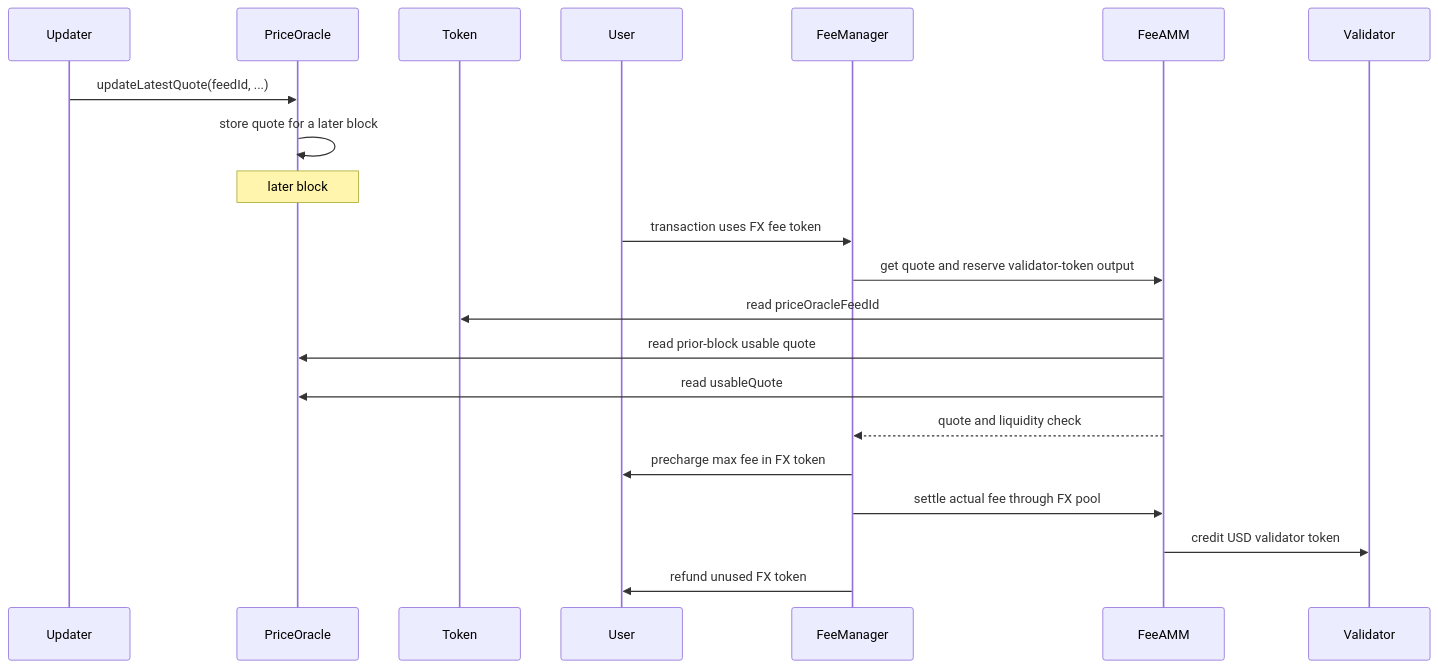
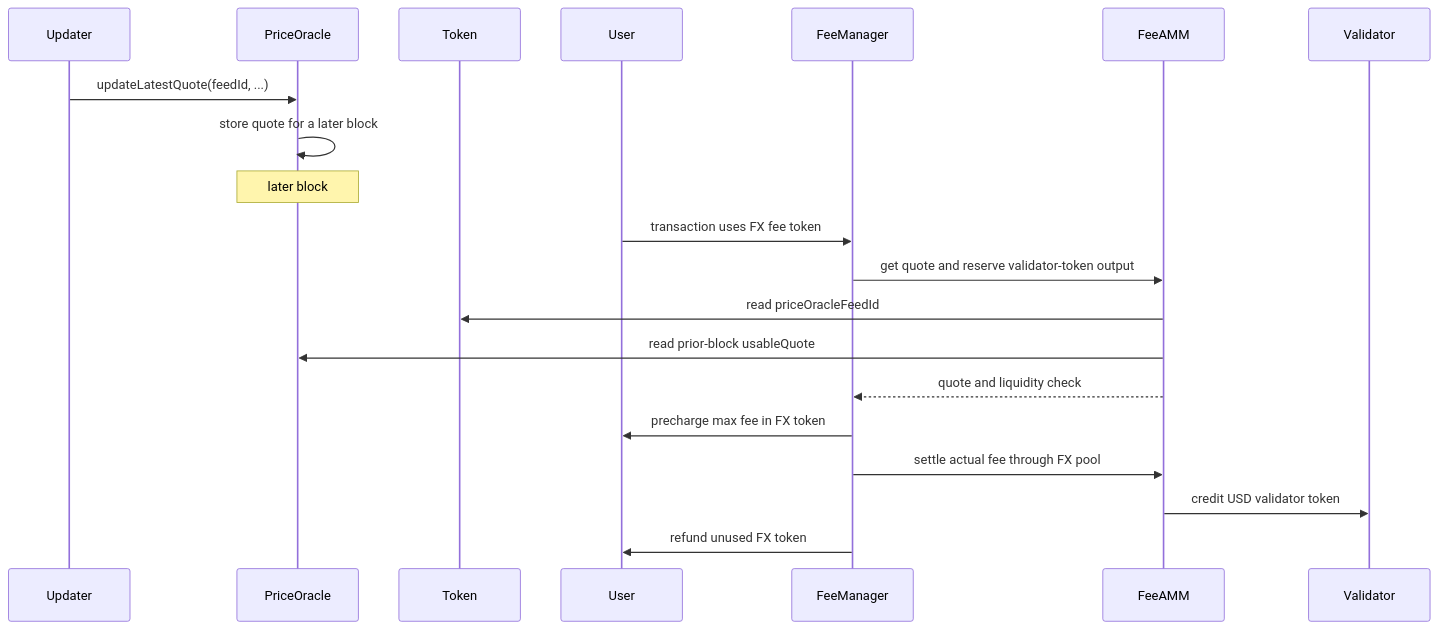
Before and after one commit to tempoxyz/tempo: the diagram in tips/tip-1054.md, drawn with Mermaid. The commit also changed other lines of this file, not shown here.

Commit message:
docs(tip-1054): clarify oracle updates and events

````diff
--- a/tips/tip-1054.md
+++ b/tips/tip-1054.md
@@ -38,24 +38,23 @@
 ```mermaid
 sequenceDiagram
     participant Updater
     participant PriceOracle
     participant Token
     participant User
     participant FeeManager
     participant FeeAMM
     participant Validator
 
     Updater->>PriceOracle: updateLatestQuote(feedId, ...)
     PriceOracle->>PriceOracle: store quote for a later block
     Note over PriceOracle: later block
     User->>FeeManager: transaction uses FX fee token
     FeeManager->>FeeAMM: get quote and reserve validator-token output
     FeeAMM->>Token: read priceOracleFeedId
-    FeeAMM->>PriceOracle: read prior-block usable quote
-    FeeAMM->>PriceOracle: read usableQuote
+    FeeAMM->>PriceOracle: read prior-block usableQuote
     FeeAMM-->>FeeManager: quote and liquidity check
     FeeManager->>User: precharge max fee in FX token
     FeeManager->>FeeAMM: settle actual fee through FX pool
     FeeAMM->>Validator: credit USD validator token
     FeeManager->>User: refund unused FX token
 ```
````
